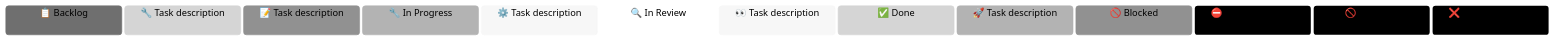
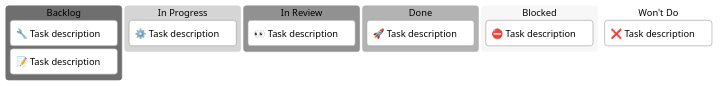
One commit to blazintrailssarah/agent-project changed the second of 3 diagrams in agentic/mermaid_diagrams/kanban.md. Above: the diagram before and after it, drawn with Mermaid (neutral theme). The commit also changed other lines of this file and 3 other files, not shown here.

First line of the commit message:
feat(docs): comprehensive README with architecture diagrams and workflows

````diff
--- a/agentic/mermaid_diagrams/kanban.md
+++ b/agentic/mermaid_diagrams/kanban.md
@@ -56,21 +53,16 @@
 ```mermaid
 kanban
-col1["📋 Backlog"]
-item1["🔧 Task description"]
-item2["📝 Task description"]
-
-col2["🔧 In Progress"]
-item3["⚙️ Task description"]
-
-col3["🔍 In Review"]
-item4["👀 Task description"]
-
-col4["✅ Done"]
-item5["🚀 Task description"]
-
-col5["🚫 Blocked"]
-item6["⛔ Task description"]
-
-col6["🚫 Won't Do"]
-item7["❌ Task description"]
+Backlog
+  task1[🔧 Task description]
+  task2[📝 Task description]
+In Progress
+  task3[⚙️ Task description]
+In Review
+  task4[👀 Task description]
+Done
+  task5[🚀 Task description]
+Blocked
+  task6[⛔ Task description]
+Won't Do
+  task7[❌ Task description]
 ```
````
